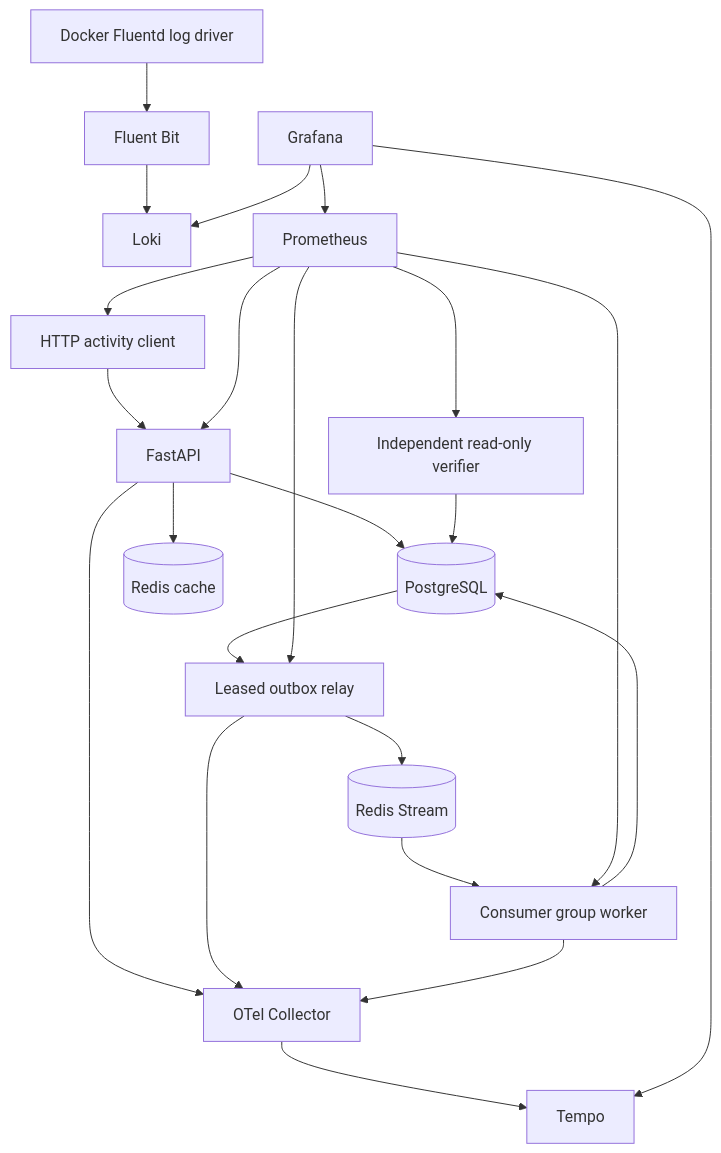
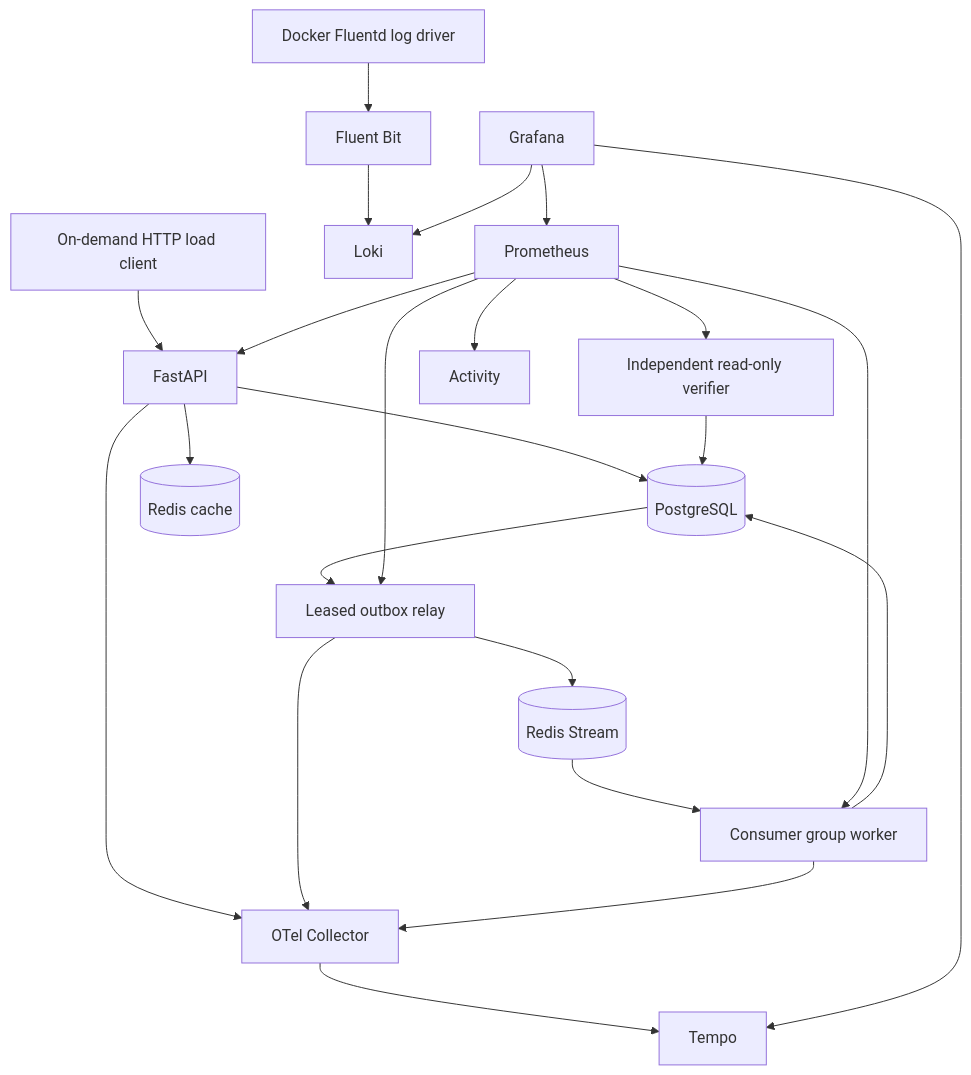
One commit to pain459/FLOW changed the diagram in docs/architecture.md. Above: the diagram before and after it, drawn with Mermaid. The commit also changed other lines of this file and 260 other files, not shown here.

````diff
--- a/docs/architecture.md
+++ b/docs/architecture.md
@@ -5,25 +5,25 @@
 ```mermaid
 flowchart TD
-  Activity[HTTP activity client] --> API[FastAPI]
+  Locust[On-demand HTTP load client] --> API[FastAPI]
   API --> PG[(PostgreSQL)]
   API --> Cache[(Redis cache)]
   PG --> Relay[Leased outbox relay]
   Relay --> Stream[(Redis Stream)]
   Stream --> Worker[Consumer group worker]
   Worker --> PG
   Verify[Independent read-only verifier] --> PG
   API --> OTEL[OTel Collector]
   Relay --> OTEL
   Worker --> OTEL
   OTEL --> Tempo
   Docker[Docker Fluentd log driver] --> FluentBit[Fluent Bit]
   FluentBit --> Loki
   Prometheus --> API
   Prometheus --> Relay
   Prometheus --> Worker
   Prometheus --> Activity
   Prometheus --> Verify
   Grafana --> Prometheus
   Grafana --> Loki
   Grafana --> Tempo
 ```
````
